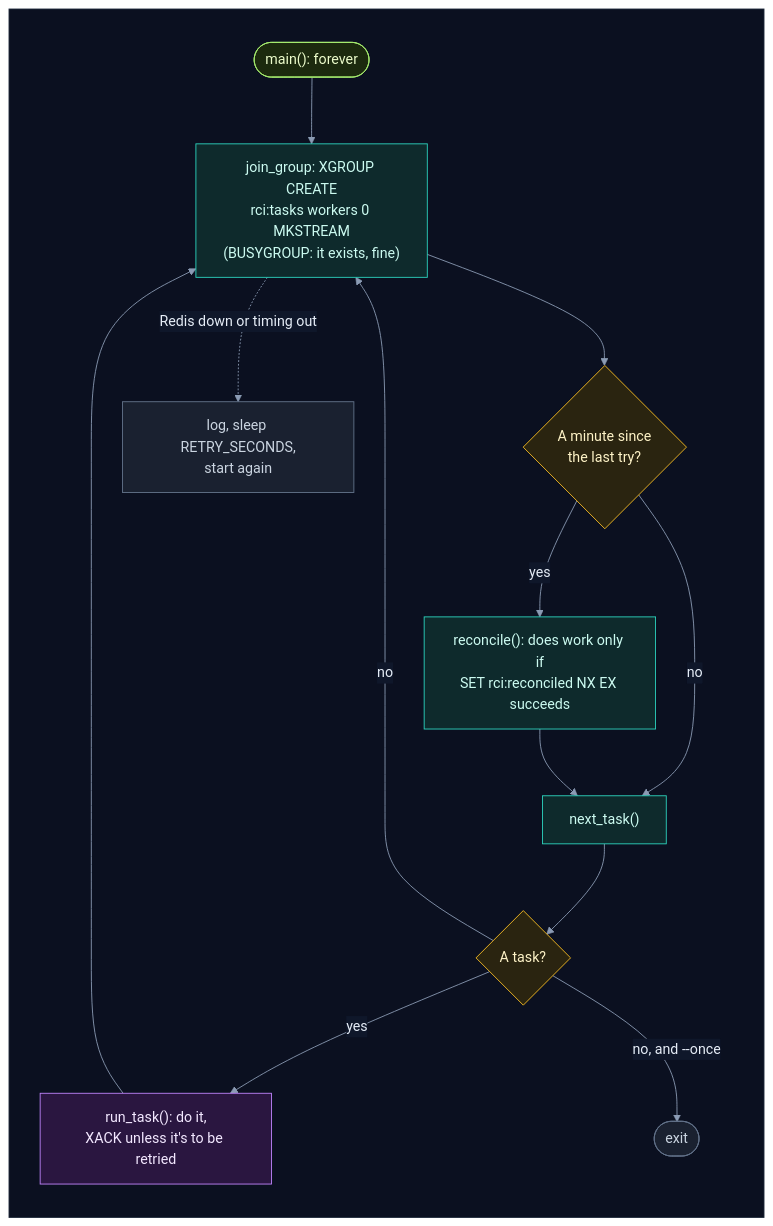
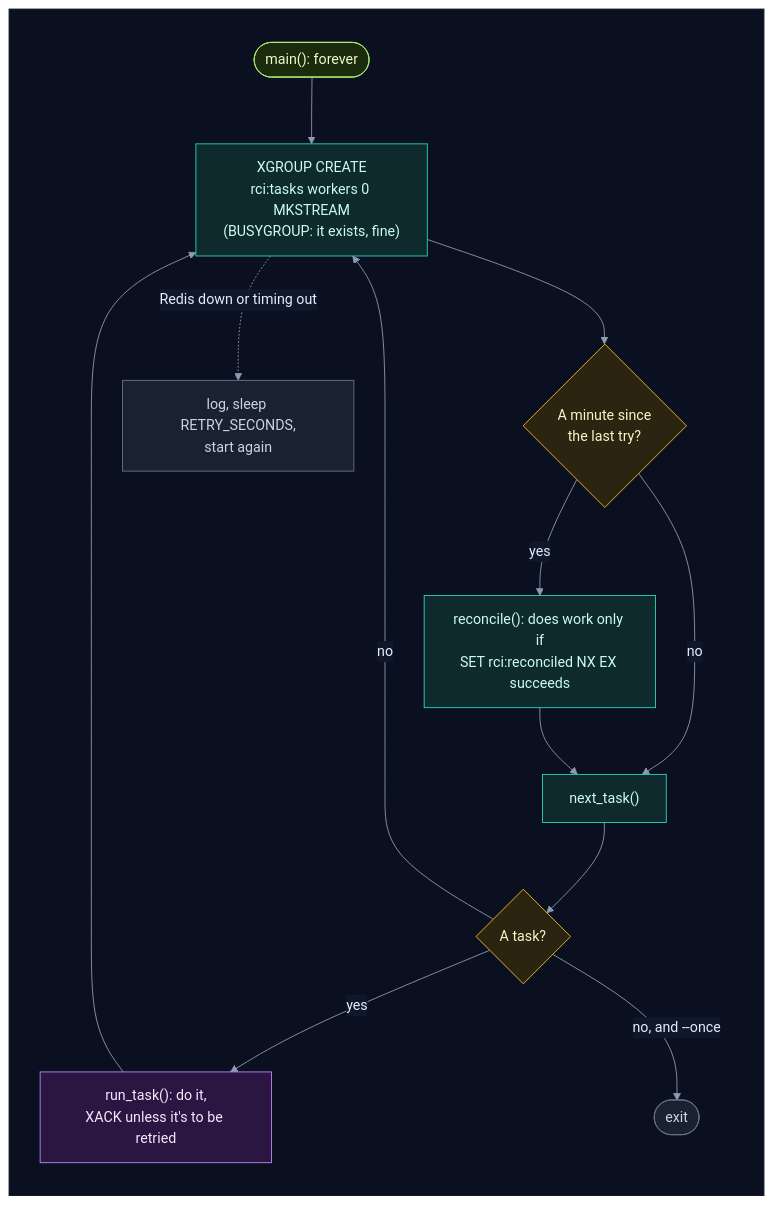
One commit to selvakumarperumal/Regulatory_Circular_Impact_Agent changed the fourth of 19 diagrams in backend/worker/INTERNALS.md. Above: the diagram before and after it, drawn with Mermaid. The commit also changed other lines of this file and 9 other files, not shown here.

````diff
--- a/backend/worker/INTERNALS.md
+++ b/backend/worker/INTERNALS.md
@@ -198,34 +198,34 @@
 ```mermaid
 %%{init: {"theme": "base", "flowchart": {"diagramPadding": 0}, "themeVariables": {"darkMode": true, "primaryColor": "#16213a", "primaryTextColor": "#e6edf7", "primaryBorderColor": "#475a7a", "lineColor": "#8b9bb4", "secondaryColor": "#1b2436", "tertiaryColor": "#101a2e", "edgeLabelBackground": "#0f172a", "textColor": "#e2e8f0", "clusterBkg": "#0f1728", "clusterBorder": "#2b3a55", "titleColor": "#c4b5fd", "nodeTextColor": "#e6edf7"}}}%%
 flowchart TD
     subgraph canvas[" "]
         direction TB
-        start(["main(): forever"]) --> join["join_group: XGROUP CREATE<br/>rci:tasks workers 0 MKSTREAM<br/>(BUSYGROUP: it exists, fine)"]
+        start(["main(): forever"]) --> join["XGROUP CREATE<br/>rci:tasks workers 0 MKSTREAM<br/>(BUSYGROUP: it exists, fine)"]
         join --> due{"A minute since<br/>the last try?"}
         due -->|"yes"| rec["reconcile(): does work only if<br/>SET rci:reconciled NX EX succeeds"]
         due -->|"no"| next
         rec --> next["next_task()"]
         next --> got{"A task?"}
         got -->|"yes"| run["run_task(): do it,<br/>XACK unless it's to be retried"]
         got -->|"no, and --once"| stop(["exit"])
         got -->|"no"| join
         run --> join
         join -.->|"Redis down or timing out"| wait["log, sleep RETRY_SECONDS,<br/>start again"]
     end
     classDef svc fill:#0e2a2c,stroke:#2dd4bf,color:#ccfbf1
     classDef data fill:#1c1a47,stroke:#818cf8,color:#e0e7ff
     classDef ext fill:#2a1640,stroke:#c084fc,color:#f3e8ff
     classDef gpu fill:#2d1b0c,stroke:#fb923c,color:#ffedd5
     classDef ask fill:#2a2410,stroke:#fbbf24,color:#fef3c7
     classDef ok fill:#0b2a1c,stroke:#34d399,color:#d1fae5
     classDef bad fill:#2e0f17,stroke:#fb7185,color:#ffe4e6
     classDef start fill:#1c2a0e,stroke:#a7ef6f,color:#ecfccb
     classDef muted fill:#1a2130,stroke:#64748b,color:#cbd5e1
     classDef queue fill:#0c2231,stroke:#38bdf8,color:#e0f2fe
     class start start
     class join,rec,next svc
     class due,got ask
     class run ext
     class stop,wait muted
     style canvas fill:#0b1020,stroke:#1e293b,color:#0b1020
 ```
````
